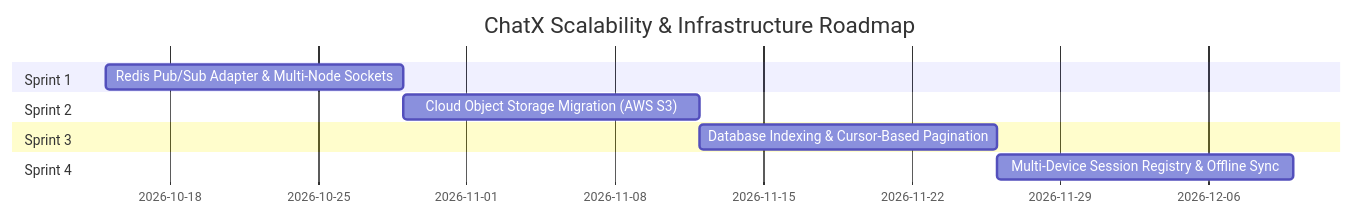
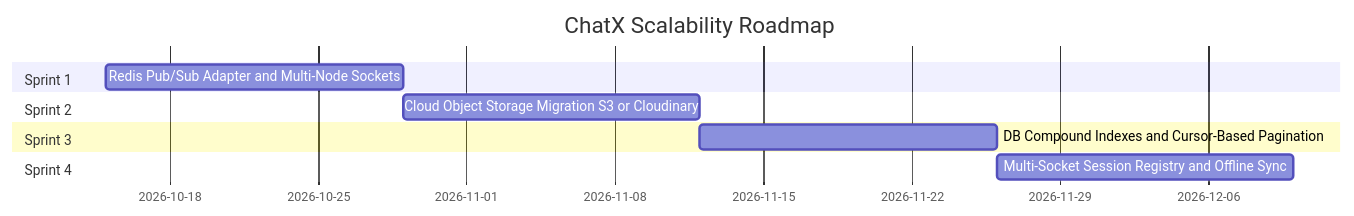
Before and after one commit to rishab2211/ChatX: the second of 2 diagrams in docs/3-scale-and-limits.md, drawn with Mermaid. The commit also changed other lines of this file and 5 other files, not shown here.

Commit message:
docs: update technical documentation across architecture, decisions, schemas, and API specs

````diff
--- a/docs/3-scale-and-limits.md
+++ b/docs/3-scale-and-limits.md
@@ -119,13 +113,13 @@
 ```mermaid
 gantt
-    title ChatX Scalability & Infrastructure Roadmap
+    title ChatX Scalability Roadmap
     dateFormat  YYYY-MM-DD
     section Sprint 1
-    Redis Pub/Sub Adapter & Multi-Node Sockets :2026-10-15, 14d
+    Redis Pub/Sub Adapter and Multi-Node Sockets :s1, 2026-10-15, 14d
     section Sprint 2
-    Cloud Object Storage Migration (AWS S3)  :2026-10-29, 14d
+    Cloud Object Storage Migration S3 or Cloudinary :s2, 2026-10-29, 14d
     section Sprint 3
-    Database Indexing & Cursor-Based Pagination :2026-11-12, 14d
+    DB Compound Indexes and Cursor-Based Pagination :s3, 2026-11-12, 14d
     section Sprint 4
-    Multi-Device Session Registry & Offline Sync :2026-11-26, 14d
+    Multi-Socket Session Registry and Offline Sync :s4, 2026-11-26, 14d
 ```
````
